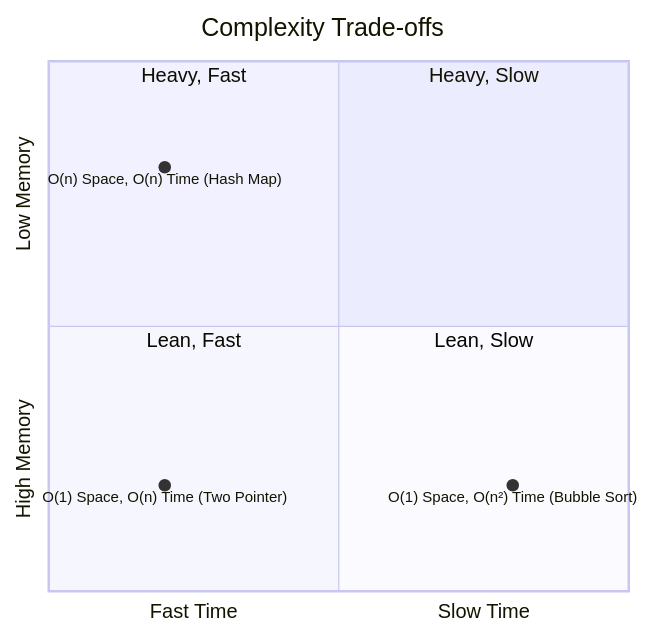
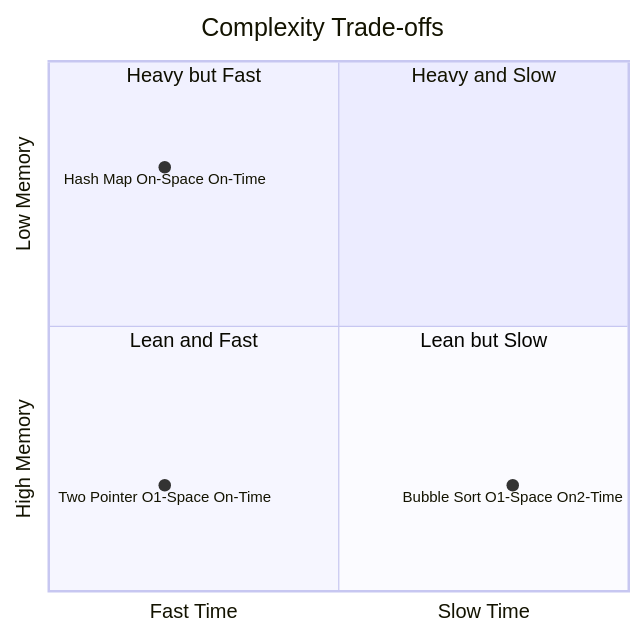
Before and after one commit to hagaramr2005/DSA-From-Scratch: the sixth of 9 diagrams in 01-Algorithm-Analysis/01- Big O notation.md, drawn with Mermaid. The commit also changed other lines of this file, not shown here.

````diff
--- a/01-Algorithm-Analysis/01- Big O notation.md
+++ b/01-Algorithm-Analysis/01- Big O notation.md
@@ -477,13 +489,13 @@
 ```mermaid
 quadrantChart
     title Complexity Trade-offs
     x-axis Fast Time --> Slow Time
     y-axis High Memory --> Low Memory
-    quadrant-1 Heavy, Slow
-    quadrant-2 Heavy, Fast
-    quadrant-3 Lean, Fast
-    quadrant-4 Lean, Slow
-    "O(1) Space, O(n²) Time (Bubble Sort)": [0.8, 0.2]
-    "O(n) Space, O(n) Time (Hash Map)": [0.2, 0.8]
-    "O(1) Space, O(n) Time (Two Pointer)": [0.2, 0.2]
+    quadrant-1 Heavy and Slow
+    quadrant-2 Heavy but Fast
+    quadrant-3 Lean and Fast
+    quadrant-4 Lean but Slow
+    Bubble Sort O1-Space On2-Time: [0.8, 0.2]
+    Hash Map On-Space On-Time: [0.2, 0.8]
+    Two Pointer O1-Space On-Time: [0.2, 0.2]
 ```
````
